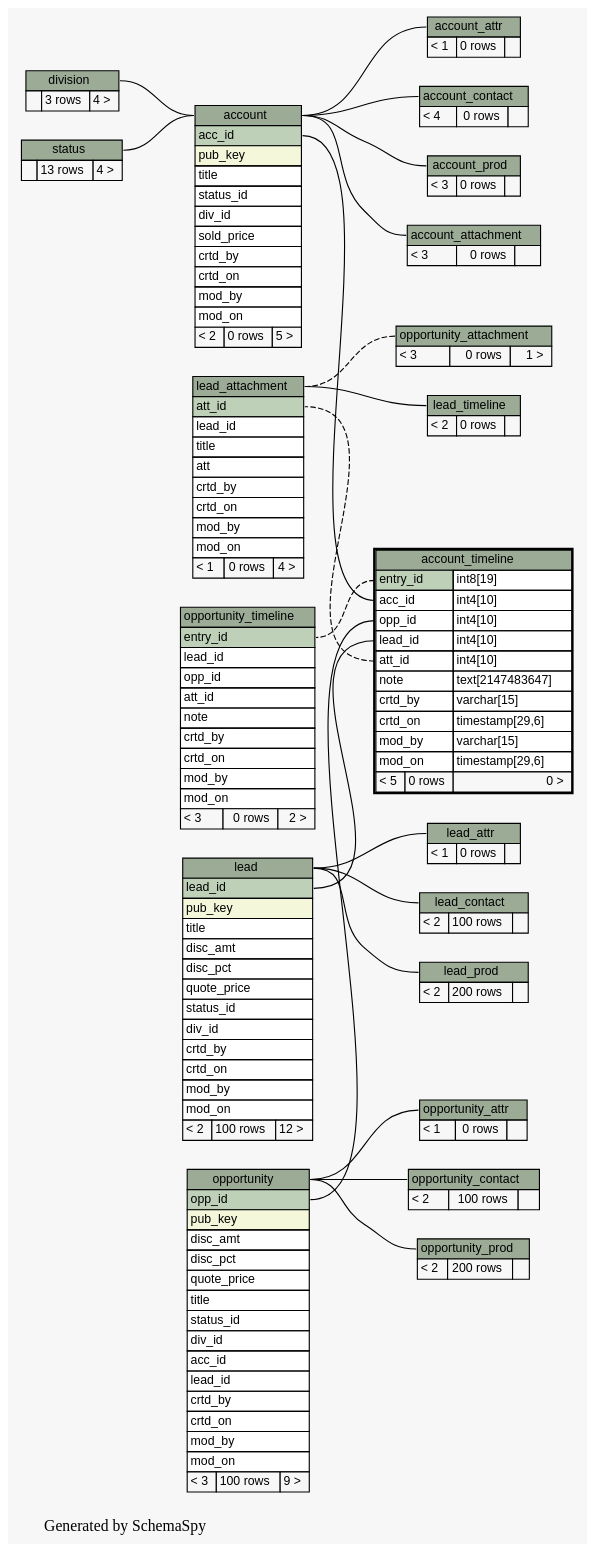
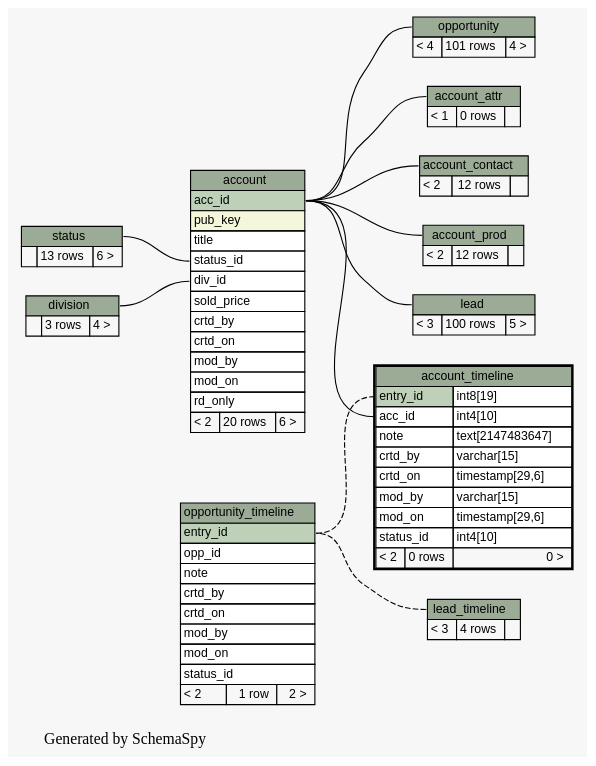
Before and after one commit to engineerscraft/salesforce: the diagram in docs/database/schemaspy/graphs/account_timeline.implied2degrees.dot, drawn with Graphviz. The commit also changed 157 other files, not shown here.

```diff
--- a/docs/database/schemaspy/graphs/account_timeline.implied2degrees.dot
+++ b/docs/database/schemaspy/graphs/account_timeline.implied2degrees.dot
@@ -14,25 +14,16 @@
   edge [
     arrowsize="0.8"
   ];
-  "account":"account.heading":w -> "division":"division.heading":e [arrowtail=crowtee arrowhead=none];
-  "account":"account.heading":w -> "status":"status.heading":e [arrowtail=crowtee arrowhead=none];
-  "account_attachment":"account_attachment.heading":w -> "account":"account.heading":e [arrowtail=crowtee arrowhead=none];
-  "account_attr":"account_attr.heading":w -> "account":"account.heading":e [arrowtail=tee arrowhead=none];
-  "account_contact":"account_contact.heading":w -> "account":"account.heading":e [arrowtail=crowtee arrowhead=none];
-  "account_prod":"account_prod.heading":w -> "account":"account.heading":e [arrowtail=crowtee arrowhead=none];
+  "account":"div_id":w -> "division":"division.heading":e [arrowtail=crowtee arrowhead=none];
+  "account":"status_id":w -> "status":"status.heading":e [arrowtail=crowtee arrowhead=none];
+  "account_attr":"account_attr.heading":w -> "account":"acc_id":e [arrowtail=tee arrowhead=none];
+  "account_contact":"account_contact.heading":w -> "account":"acc_id":e [arrowtail=crowtee arrowhead=none];
+  "account_prod":"account_prod.heading":w -> "account":"acc_id":e [arrowtail=crowtee arrowhead=none];
   "account_timeline":"acc_id":w -> "account":"acc_id":e [arrowtail=crowtee arrowhead=none];
-  "account_timeline":"att_id":w -> "lead_attachment":"att_id":e [arrowtail=crowodot arrowhead=none style=dashed];
   "account_timeline":"entry_id":w -> "opportunity_timeline":"entry_id":e [arrowtail=tee arrowhead=none style=dashed];
-  "account_timeline":"lead_id":w -> "lead":"lead_id":e [arrowtail=crowodot arrowhead=none];
-  "account_timeline":"opp_id":w -> "opportunity":"opp_id":e [arrowtail=crowodot arrowhead=none];
-  "lead_attr":"lead_attr.heading":w -> "lead":"lead.heading":e [arrowtail=tee arrowhead=none];
-  "lead_contact":"lead_contact.heading":w -> "lead":"lead.heading":e [arrowtail=crowtee arrowhead=none];
-  "lead_prod":"lead_prod.heading":w -> "lead":"lead.heading":e [arrowtail=crowtee arrowhead=none];
-  "lead_timeline":"lead_timeline.heading":w -> "lead_attachment":"lead_attachment.heading":e [arrowtail=crowodot arrowhead=none];
-  "opportunity_attachment":"opportunity_attachment.heading":w -> "lead_attachment":"lead_attachment.heading":e [arrowtail=tee arrowhead=none style=dashed];
-  "opportunity_attr":"opportunity_attr.heading":w -> "opportunity":"opportunity.heading":e [arrowtail=tee arrowhead=none];
-  "opportunity_contact":"opportunity_contact.heading":w -> "opportunity":"opportunity.heading":e [arrowtail=crowtee arrowhead=none];
-  "opportunity_prod":"opportunity_prod.heading":w -> "opportunity":"opportunity.heading":e [arrowtail=crowtee arrowhead=none];
+  "lead":"lead.heading":w -> "account":"acc_id":e [arrowtail=crowodot arrowhead=none];
+  "lead_timeline":"lead_timeline.heading":w -> "opportunity_timeline":"entry_id":e [arrowtail=tee arrowhead=none style=dashed];
+  "opportunity":"opportunity.heading":w -> "account":"acc_id":e [arrowtail=crowodot arrowhead=none];
   "account" [
     label=<
     <TABLE BORDER="0" CELLBORDER="1" CELLSPACING="0" BGCOLOR="#ffffff">
@@ -47,19 +38,11 @@
       <TR><TD PORT="crtd_on" COLSPAN="3" ALIGN="LEFT">crtd_on</TD></TR>
       <TR><TD PORT="mod_by" COLSPAN="3" ALIGN="LEFT">mod_by</TD></TR>
       <TR><TD PORT="mod_on" COLSPAN="3" ALIGN="LEFT">mod_on</TD></TR>
-      <TR><TD ALIGN="LEFT" BGCOLOR="#f7f7f7">&lt; 2</TD><TD ALIGN="RIGHT" BGCOLOR="#f7f7f7">0 rows</TD><TD ALIGN="RIGHT" BGCOLOR="#f7f7f7">5 &gt;</TD></TR>
+      <TR><TD PORT="rd_only" COLSPAN="3" ALIGN="LEFT">rd_only</TD></TR>
+      <TR><TD ALIGN="LEFT" BGCOLOR="#f7f7f7">&lt; 2</TD><TD ALIGN="RIGHT" BGCOLOR="#f7f7f7">20 rows</TD><TD ALIGN="RIGHT" BGCOLOR="#f7f7f7">6 &gt;</TD></TR>
     </TABLE>>
     URL="account.html#graph"
     tooltip="account"
-  ];
-  "account_attachment" [
-    label=<
-    <TABLE BORDER="0" CELLBORDER="1" CELLSPACING="0" BGCOLOR="#ffffff">
-      <TR><TD PORT="account_attachment.heading" COLSPAN="3" BGCOLOR="#9bab96" ALIGN="CENTER">account_attachment</TD></TR>
-      <TR><TD ALIGN="LEFT" BGCOLOR="#f7f7f7">&lt; 3</TD><TD ALIGN="RIGHT" BGCOLOR="#f7f7f7">0 rows</TD><TD ALIGN="RIGHT" BGCOLOR="#f7f7f7">  </TD></TR>
-    </TABLE>>
-    URL="account_attachment.html#graph"
-    tooltip="account_attachment"
   ];
   "account_attr" [
     label=<
@@ -74,7 +57,7 @@
     label=<
     <TABLE BORDER="0" CELLBORDER="1" CELLSPACING="0" BGCOLOR="#ffffff">
       <TR><TD PORT="account_contact.heading" COLSPAN="3" BGCOLOR="#9bab96" ALIGN="CENTER">account_contact</TD></TR>
-      <TR><TD ALIGN="LEFT" BGCOLOR="#f7f7f7">&lt; 4</TD><TD ALIGN="RIGHT" BGCOLOR="#f7f7f7">0 rows</TD><TD ALIGN="RIGHT" BGCOLOR="#f7f7f7">  </TD></TR>
+      <TR><TD ALIGN="LEFT" BGCOLOR="#f7f7f7">&lt; 2</TD><TD ALIGN="RIGHT" BGCOLOR="#f7f7f7">12 rows</TD><TD ALIGN="RIGHT" BGCOLOR="#f7f7f7">  </TD></TR>
     </TABLE>>
     URL="account_contact.html#graph"
     tooltip="account_contact"
@@ -83,7 +66,7 @@
     label=<
     <TABLE BORDER="0" CELLBORDER="1" CELLSPACING="0" BGCOLOR="#ffffff">
       <TR><TD PORT="account_prod.heading" COLSPAN="3" BGCOLOR="#9bab96" ALIGN="CENTER">account_prod</TD></TR>
-      <TR><TD ALIGN="LEFT" BGCOLOR="#f7f7f7">&lt; 3</TD><TD ALIGN="RIGHT" BGCOLOR="#f7f7f7">0 rows</TD><TD ALIGN="RIGHT" BGCOLOR="#f7f7f7">  </TD></TR>
+      <TR><TD ALIGN="LEFT" BGCOLOR="#f7f7f7">&lt; 2</TD><TD ALIGN="RIGHT" BGCOLOR="#f7f7f7">12 rows</TD><TD ALIGN="RIGHT" BGCOLOR="#f7f7f7">  </TD></TR>
     </TABLE>>
     URL="account_prod.html#graph"
     tooltip="account_prod"
@@ -94,15 +77,13 @@
       <TR><TD PORT="account_timeline.heading" COLSPAN="3" BGCOLOR="#9bab96" ALIGN="CENTER">account_timeline</TD></TR>
       <TR><TD PORT="entry_id" COLSPAN="2" BGCOLOR="#bed1b8" ALIGN="LEFT">entry_id</TD><TD PORT="entry_id.type" ALIGN="LEFT">int8[19]</TD></TR>
       <TR><TD PORT="acc_id" COLSPAN="2" ALIGN="LEFT">acc_id</TD><TD PORT="acc_id.type" ALIGN="LEFT">int4[10]</TD></TR>
-      <TR><TD PORT="opp_id" COLSPAN="2" ALIGN="LEFT">opp_id</TD><TD PORT="opp_id.type" ALIGN="LEFT">int4[10]</TD></TR>
-      <TR><TD PORT="lead_id" COLSPAN="2" ALIGN="LEFT">lead_id</TD><TD PORT="lead_id.type" ALIGN="LEFT">int4[10]</TD></TR>
-      <TR><TD PORT="att_id" COLSPAN="2" ALIGN="LEFT">att_id</TD><TD PORT="att_id.type" ALIGN="LEFT">int4[10]</TD></TR>
       <TR><TD PORT="note" COLSPAN="2" ALIGN="LEFT">note</TD><TD PORT="note.type" ALIGN="LEFT">text[2147483647]</TD></TR>
       <TR><TD PORT="crtd_by" COLSPAN="2" ALIGN="LEFT">crtd_by</TD><TD PORT="crtd_by.type" ALIGN="LEFT">varchar[15]</TD></TR>
       <TR><TD PORT="crtd_on" COLSPAN="2" ALIGN="LEFT">crtd_on</TD><TD PORT="crtd_on.type" ALIGN="LEFT">timestamp[29,6]</TD></TR>
       <TR><TD PORT="mod_by" COLSPAN="2" ALIGN="LEFT">mod_by</TD><TD PORT="mod_by.type" ALIGN="LEFT">varchar[15]</TD></TR>
       <TR><TD PORT="mod_on" COLSPAN="2" ALIGN="LEFT">mod_on</TD><TD PORT="mod_on.type" ALIGN="LEFT">timestamp[29,6]</TD></TR>
-      <TR><TD ALIGN="LEFT" BGCOLOR="#f7f7f7">&lt; 5</TD><TD ALIGN="RIGHT" BGCOLOR="#f7f7f7">0 rows</TD><TD ALIGN="RIGHT" BGCOLOR="#f7f7f7">0 &gt;</TD></TR>
+      <TR><TD PORT="status_id" COLSPAN="2" ALIGN="LEFT">status_id</TD><TD PORT="status_id.type" ALIGN="LEFT">int4[10]</TD></TR>
+      <TR><TD ALIGN="LEFT" BGCOLOR="#f7f7f7">&lt; 2</TD><TD ALIGN="RIGHT" BGCOLOR="#f7f7f7">0 rows</TD><TD ALIGN="RIGHT" BGCOLOR="#f7f7f7">0 &gt;</TD></TR>
     </TABLE>>
     URL="account_timeline.html#"
     tooltip="account_timeline"
@@ -120,72 +101,16 @@
     label=<
     <TABLE BORDER="0" CELLBORDER="1" CELLSPACING="0" BGCOLOR="#ffffff">
       <TR><TD PORT="lead.heading" COLSPAN="3" BGCOLOR="#9bab96" ALIGN="CENTER">lead</TD></TR>
-      <TR><TD PORT="lead_id" COLSPAN="3" BGCOLOR="#bed1b8" ALIGN="LEFT">lead_id</TD></TR>
-      <TR><TD PORT="pub_key" COLSPAN="3" BGCOLOR="#f4f7da" ALIGN="LEFT">pub_key</TD></TR>
-      <TR><TD PORT="title" COLSPAN="3" ALIGN="LEFT">title</TD></TR>
-      <TR><TD PORT="disc_amt" COLSPAN="3" ALIGN="LEFT">disc_amt</TD></TR>
-      <TR><TD PORT="disc_pct" COLSPAN="3" ALIGN="LEFT">disc_pct</TD></TR>
-      <TR><TD PORT="quote_price" COLSPAN="3" ALIGN="LEFT">quote_price</TD></TR>
-      <TR><TD PORT="status_id" COLSPAN="3" ALIGN="LEFT">status_id</TD></TR>
-      <TR><TD PORT="div_id" COLSPAN="3" ALIGN="LEFT">div_id</TD></TR>
-      <TR><TD PORT="crtd_by" COLSPAN="3" ALIGN="LEFT">crtd_by</TD></TR>
-      <TR><TD PORT="crtd_on" COLSPAN="3" ALIGN="LEFT">crtd_on</TD></TR>
-      <TR><TD PORT="mod_by" COLSPAN="3" ALIGN="LEFT">mod_by</TD></TR>
-      <TR><TD PORT="mod_on" COLSPAN="3" ALIGN="LEFT">mod_on</TD></TR>
-      <TR><TD ALIGN="LEFT" BGCOLOR="#f7f7f7">&lt; 2</TD><TD ALIGN="RIGHT" BGCOLOR="#f7f7f7">100 rows</TD><TD ALIGN="RIGHT" BGCOLOR="#f7f7f7">12 &gt;</TD></TR>
+      <TR><TD ALIGN="LEFT" BGCOLOR="#f7f7f7">&lt; 3</TD><TD ALIGN="RIGHT" BGCOLOR="#f7f7f7">100 rows</TD><TD ALIGN="RIGHT" BGCOLOR="#f7f7f7">5 &gt;</TD></TR>
     </TABLE>>
     URL="lead.html#graph"
     tooltip="lead"
-  ];
-  "lead_attachment" [
-    label=<
-    <TABLE BORDER="0" CELLBORDER="1" CELLSPACING="0" BGCOLOR="#ffffff">
-      <TR><TD PORT="lead_attachment.heading" COLSPAN="3" BGCOLOR="#9bab96" ALIGN="CENTER">lead_attachment</TD></TR>
-      <TR><TD PORT="att_id" COLSPAN="3" BGCOLOR="#bed1b8" ALIGN="LEFT">att_id</TD></TR>
-      <TR><TD PORT="lead_id" COLSPAN="3" ALIGN="LEFT">lead_id</TD></TR>
-      <TR><TD PORT="title" COLSPAN="3" ALIGN="LEFT">title</TD></TR>
-      <TR><TD PORT="att" COLSPAN="3" ALIGN="LEFT">att</TD></TR>
-      <TR><TD PORT="crtd_by" COLSPAN="3" ALIGN="LEFT">crtd_by</TD></TR>
-      <TR><TD PORT="crtd_on" COLSPAN="3" ALIGN="LEFT">crtd_on</TD></TR>
-      <TR><TD PORT="mod_by" COLSPAN="3" ALIGN="LEFT">mod_by</TD></TR>
-      <TR><TD PORT="mod_on" COLSPAN="3" ALIGN="LEFT">mod_on</TD></TR>
-      <TR><TD ALIGN="LEFT" BGCOLOR="#f7f7f7">&lt; 1</TD><TD ALIGN="RIGHT" BGCOLOR="#f7f7f7">0 rows</TD><TD ALIGN="RIGHT" BGCOLOR="#f7f7f7">4 &gt;</TD></TR>
-    </TABLE>>
-    URL="lead_attachment.html#graph"
-    tooltip="lead_attachment"
-  ];
-  "lead_attr" [
-    label=<
-    <TABLE BORDER="0" CELLBORDER="1" CELLSPACING="0" BGCOLOR="#ffffff">
-      <TR><TD PORT="lead_attr.heading" COLSPAN="3" BGCOLOR="#9bab96" ALIGN="CENTER">lead_attr</TD></TR>
-      <TR><TD ALIGN="LEFT" BGCOLOR="#f7f7f7">&lt; 1</TD><TD ALIGN="RIGHT" BGCOLOR="#f7f7f7">0 rows</TD><TD ALIGN="RIGHT" BGCOLOR="#f7f7f7">  </TD></TR>
-    </TABLE>>
-    URL="lead_attr.html#graph"
-    tooltip="lead_attr"
-  ];
-  "lead_contact" [
-    label=<
-    <TABLE BORDER="0" CELLBORDER="1" CELLSPACING="0" BGCOLOR="#ffffff">
-      <TR><TD PORT="lead_contact.heading" COLSPAN="3" BGCOLOR="#9bab96" ALIGN="CENTER">lead_contact</TD></TR>
-      <TR><TD ALIGN="LEFT" BGCOLOR="#f7f7f7">&lt; 2</TD><TD ALIGN="RIGHT" BGCOLOR="#f7f7f7">100 rows</TD><TD ALIGN="RIGHT" BGCOLOR="#f7f7f7">  </TD></TR>
-    </TABLE>>
-    URL="lead_contact.html#graph"
-    tooltip="lead_contact"
-  ];
-  "lead_prod" [
-    label=<
-    <TABLE BORDER="0" CELLBORDER="1" CELLSPACING="0" BGCOLOR="#ffffff">
-      <TR><TD PORT="lead_prod.heading" COLSPAN="3" BGCOLOR="#9bab96" ALIGN="CENTER">lead_prod</TD></TR>
-      <TR><TD ALIGN="LEFT" BGCOLOR="#f7f7f7">&lt; 2</TD><TD ALIGN="RIGHT" BGCOLOR="#f7f7f7">200 rows</TD><TD ALIGN="RIGHT" BGCOLOR="#f7f7f7">  </TD></TR>
-    </TABLE>>
-    URL="lead_prod.html#graph"
-    tooltip="lead_prod"
   ];
   "lead_timeline" [
     label=<
     <TABLE BORDER="0" CELLBORDER="1" CELLSPACING="0" BGCOLOR="#ffffff">
       <TR><TD PORT="lead_timeline.heading" COLSPAN="3" BGCOLOR="#9bab96" ALIGN="CENTER">lead_timeline</TD></TR>
-      <TR><TD ALIGN="LEFT" BGCOLOR="#f7f7f7">&lt; 2</TD><TD ALIGN="RIGHT" BGCOLOR="#f7f7f7">0 rows</TD><TD ALIGN="RIGHT" BGCOLOR="#f7f7f7">  </TD></TR>
+      <TR><TD ALIGN="LEFT" BGCOLOR="#f7f7f7">&lt; 3</TD><TD ALIGN="RIGHT" BGCOLOR="#f7f7f7">4 rows</TD><TD ALIGN="RIGHT" BGCOLOR="#f7f7f7">  </TD></TR>
     </TABLE>>
     URL="lead_timeline.html#graph"
     tooltip="lead_timeline"
@@ -194,75 +119,24 @@
     label=<
     <TABLE BORDER="0" CELLBORDER="1" CELLSPACING="0" BGCOLOR="#ffffff">
       <TR><TD PORT="opportunity.heading" COLSPAN="3" BGCOLOR="#9bab96" ALIGN="CENTER">opportunity</TD></TR>
-      <TR><TD PORT="opp_id" COLSPAN="3" BGCOLOR="#bed1b8" ALIGN="LEFT">opp_id</TD></TR>
-      <TR><TD PORT="pub_key" COLSPAN="3" BGCOLOR="#f4f7da" ALIGN="LEFT">pub_key</TD></TR>
-      <TR><TD PORT="disc_amt" COLSPAN="3" ALIGN="LEFT">disc_amt</TD></TR>
-      <TR><TD PORT="disc_pct" COLSPAN="3" ALIGN="LEFT">disc_pct</TD></TR>
-      <TR><TD PORT="quote_price" COLSPAN="3" ALIGN="LEFT">quote_price</TD></TR>
-      <TR><TD PORT="title" COLSPAN="3" ALIGN="LEFT">title</TD></TR>
-      <TR><TD PORT="status_id" COLSPAN="3" ALIGN="LEFT">status_id</TD></TR>
-      <TR><TD PORT="div_id" COLSPAN="3" ALIGN="LEFT">div_id</TD></TR>
-      <TR><TD PORT="acc_id" COLSPAN="3" ALIGN="LEFT">acc_id</TD></TR>
-      <TR><TD PORT="lead_id" COLSPAN="3" ALIGN="LEFT">lead_id</TD></TR>
-      <TR><TD PORT="crtd_by" COLSPAN="3" ALIGN="LEFT">crtd_by</TD></TR>
-      <TR><TD PORT="crtd_on" COLSPAN="3" ALIGN="LEFT">crtd_on</TD></TR>
-      <TR><TD PORT="mod_by" COLSPAN="3" ALIGN="LEFT">mod_by</TD></TR>
-      <TR><TD PORT="mod_on" COLSPAN="3" ALIGN="LEFT">mod_on</TD></TR>
-      <TR><TD ALIGN="LEFT" BGCOLOR="#f7f7f7">&lt; 3</TD><TD ALIGN="RIGHT" BGCOLOR="#f7f7f7">100 rows</TD><TD ALIGN="RIGHT" BGCOLOR="#f7f7f7">9 &gt;</TD></TR>
+      <TR><TD ALIGN="LEFT" BGCOLOR="#f7f7f7">&lt; 4</TD><TD ALIGN="RIGHT" BGCOLOR="#f7f7f7">101 rows</TD><TD ALIGN="RIGHT" BGCOLOR="#f7f7f7">4 &gt;</TD></TR>
     </TABLE>>
     URL="opportunity.html#graph"
     tooltip="opportunity"
-  ];
-  "opportunity_attachment" [
-    label=<
-    <TABLE BORDER="0" CELLBORDER="1" CELLSPACING="0" BGCOLOR="#ffffff">
-      <TR><TD PORT="opportunity_attachment.heading" COLSPAN="3" BGCOLOR="#9bab96" ALIGN="CENTER">opportunity_attachment</TD></TR>
-      <TR><TD ALIGN="LEFT" BGCOLOR="#f7f7f7">&lt; 3</TD><TD ALIGN="RIGHT" BGCOLOR="#f7f7f7">0 rows</TD><TD ALIGN="RIGHT" BGCOLOR="#f7f7f7">1 &gt;</TD></TR>
-    </TABLE>>
-    URL="opportunity_attachment.html#graph"
-    tooltip="opportunity_attachment"
-  ];
-  "opportunity_attr" [
-    label=<
-    <TABLE BORDER="0" CELLBORDER="1" CELLSPACING="0" BGCOLOR="#ffffff">
-      <TR><TD PORT="opportunity_attr.heading" COLSPAN="3" BGCOLOR="#9bab96" ALIGN="CENTER">opportunity_attr</TD></TR>
-      <TR><TD ALIGN="LEFT" BGCOLOR="#f7f7f7">&lt; 1</TD><TD ALIGN="RIGHT" BGCOLOR="#f7f7f7">0 rows</TD><TD ALIGN="RIGHT" BGCOLOR="#f7f7f7">  </TD></TR>
-    </TABLE>>
-    URL="opportunity_attr.html#graph"
-    tooltip="opportunity_attr"
-  ];
-  "opportunity_contact" [
-    label=<
-    <TABLE BORDER="0" CELLBORDER="1" CELLSPACING="0" BGCOLOR="#ffffff">
-      <TR><TD PORT="opportunity_contact.heading" COLSPAN="3" BGCOLOR="#9bab96" ALIGN="CENTER">opportunity_contact</TD></TR>
-      <TR><TD ALIGN="LEFT" BGCOLOR="#f7f7f7">&lt; 2</TD><TD ALIGN="RIGHT" BGCOLOR="#f7f7f7">100 rows</TD><TD ALIGN="RIGHT" BGCOLOR="#f7f7f7">  </TD></TR>
-    </TABLE>>
-    URL="opportunity_contact.html#graph"
-    tooltip="opportunity_contact"
-  ];
-  "opportunity_prod" [
-    label=<
-    <TABLE BORDER="0" CELLBORDER="1" CELLSPACING="0" BGCOLOR="#ffffff">
-      <TR><TD PORT="opportunity_prod.heading" COLSPAN="3" BGCOLOR="#9bab96" ALIGN="CENTER">opportunity_prod</TD></TR>
-      <TR><TD ALIGN="LEFT" BGCOLOR="#f7f7f7">&lt; 2</TD><TD ALIGN="RIGHT" BGCOLOR="#f7f7f7">200 rows</TD><TD ALIGN="RIGHT" BGCOLOR="#f7f7f7">  </TD></TR>
-    </TABLE>>
-    URL="opportunity_prod.html#graph"
-    tooltip="opportunity_prod"
   ];
   "opportunity_timeline" [
     label=<
     <TABLE BORDER="0" CELLBORDER="1" CELLSPACING="0" BGCOLOR="#ffffff">
       <TR><TD PORT="opportunity_timeline.heading" COLSPAN="3" BGCOLOR="#9bab96" ALIGN="CENTER">opportunity_timeline</TD></TR>
       <TR><TD PORT="entry_id" COLSPAN="3" BGCOLOR="#bed1b8" ALIGN="LEFT">entry_id</TD></TR>
-      <TR><TD PORT="lead_id" COLSPAN="3" ALIGN="LEFT">lead_id</TD></TR>
       <TR><TD PORT="opp_id" COLSPAN="3" ALIGN="LEFT">opp_id</TD></TR>
-      <TR><TD PORT="att_id" COLSPAN="3" ALIGN="LEFT">att_id</TD></TR>
       <TR><TD PORT="note" COLSPAN="3" ALIGN="LEFT">note</TD></TR>
       <TR><TD PORT="crtd_by" COLSPAN="3" ALIGN="LEFT">crtd_by</TD></TR>
       <TR><TD PORT="crtd_on" COLSPAN="3" ALIGN="LEFT">crtd_on</TD></TR>
       <TR><TD PORT="mod_by" COLSPAN="3" ALIGN="LEFT">mod_by</TD></TR>
       <TR><TD PORT="mod_on" COLSPAN="3" ALIGN="LEFT">mod_on</TD></TR>
-      <TR><TD ALIGN="LEFT" BGCOLOR="#f7f7f7">&lt; 3</TD><TD ALIGN="RIGHT" BGCOLOR="#f7f7f7">0 rows</TD><TD ALIGN="RIGHT" BGCOLOR="#f7f7f7">2 &gt;</TD></TR>
+      <TR><TD PORT="status_id" COLSPAN="3" ALIGN="LEFT">status_id</TD></TR>
+      <TR><TD ALIGN="LEFT" BGCOLOR="#f7f7f7">&lt; 2</TD><TD ALIGN="RIGHT" BGCOLOR="#f7f7f7">1 row</TD><TD ALIGN="RIGHT" BGCOLOR="#f7f7f7">2 &gt;</TD></TR>
     </TABLE>>
     URL="opportunity_timeline.html#graph"
     tooltip="opportunity_timeline"
@@ -271,7 +145,7 @@
     label=<
     <TABLE BORDER="0" CELLBORDER="1" CELLSPACING="0" BGCOLOR="#ffffff">
       <TR><TD PORT="status.heading" COLSPAN="3" BGCOLOR="#9bab96" ALIGN="CENTER">status</TD></TR>
-      <TR><TD ALIGN="LEFT" BGCOLOR="#f7f7f7">  </TD><TD ALIGN="RIGHT" BGCOLOR="#f7f7f7">13 rows</TD><TD ALIGN="RIGHT" BGCOLOR="#f7f7f7">4 &gt;</TD></TR>
+      <TR><TD ALIGN="LEFT" BGCOLOR="#f7f7f7">  </TD><TD ALIGN="RIGHT" BGCOLOR="#f7f7f7">13 rows</TD><TD ALIGN="RIGHT" BGCOLOR="#f7f7f7">6 &gt;</TD></TR>
     </TABLE>>
     URL="status.html#graph"
     tooltip="status"
```
